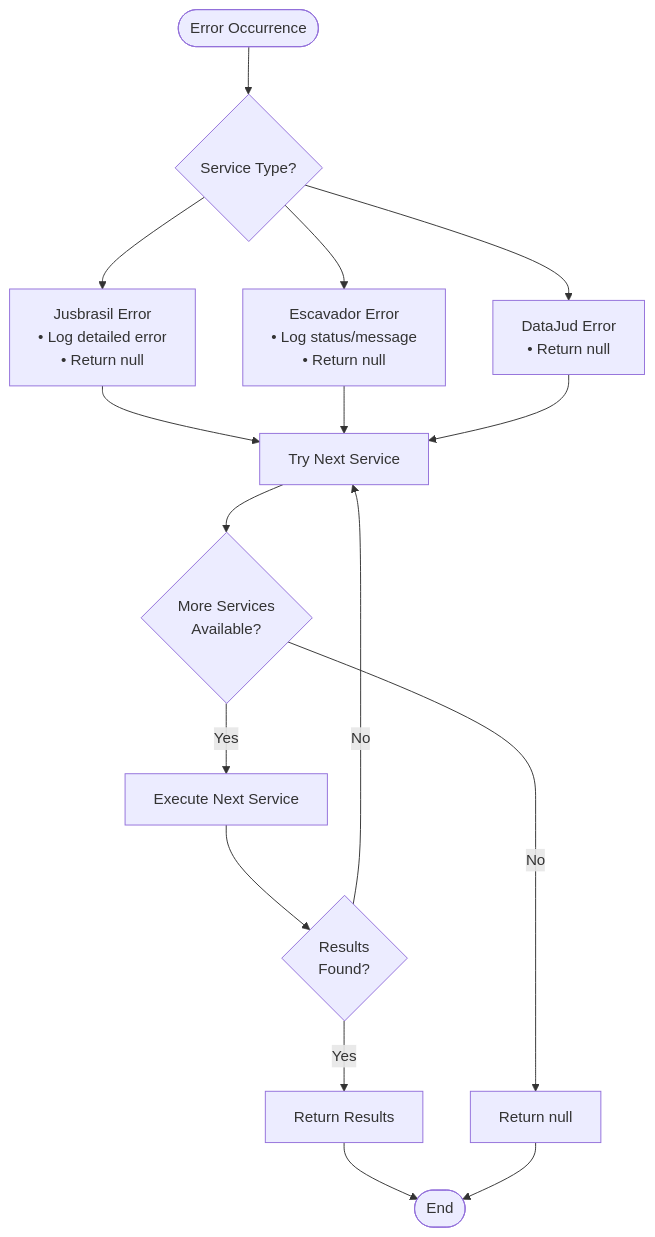
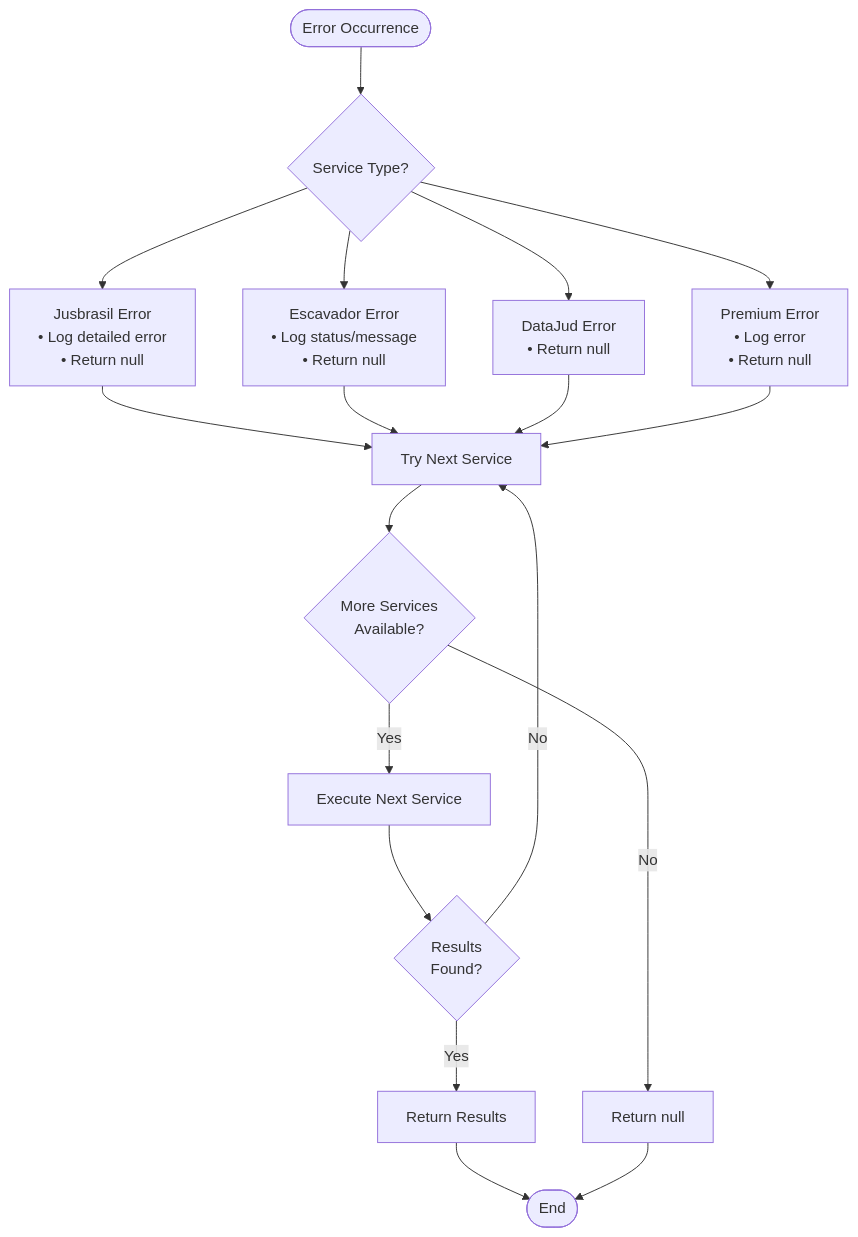
One commit to Alexandrexicara/bot-processos changed diagram 19 of 20 in .qoder/repowiki/en/content/API Integration Layer/Premium Paid Service Integration.md. Above: the diagram before and after it, drawn with Mermaid. The commit also changed other lines of this file and 10 other files, not shown here.

````diff
--- a/.qoder/repowiki/en/content/API Integration Layer/Premium Paid Service Integration.md
+++ b/.qoder/repowiki/en/content/API Integration Layer/Premium Paid Service Integration.md
@@ -720,18 +786,20 @@
 ```mermaid
 flowchart TD
 ErrorStart([Error Occurrence]) --> CheckService{"Service Type?"}
 CheckService --> JusbrasilError["Jusbrasil Error<br/>• Log detailed error<br/>• Return null"]
 CheckService --> EscavadorError["Escavador Error<br/>• Log status/message<br/>• Return null"]
 CheckService --> DataJudError["DataJud Error<br/>• Return null"]
+CheckService --> PremiumError["Premium Error<br/>• Log error<br/>• Return null"]
 JusbrasilError --> NextService["Try Next Service"]
 EscavadorError --> NextService
 DataJudError --> NextService
+PremiumError --> NextService
 NextService --> CheckFallback{"More Services<br/>Available?"}
 CheckFallback --> |Yes| ExecuteNext["Execute Next Service"]
 CheckFallback --> |No| ReturnNull["Return null"]
 ExecuteNext --> CheckSuccess{"Results<br/>Found?"}
 CheckSuccess --> |Yes| ReturnResults["Return Results"]
 CheckSuccess --> |No| NextService
 ReturnResults --> End([End])
 ReturnNull --> End
 ```
````
